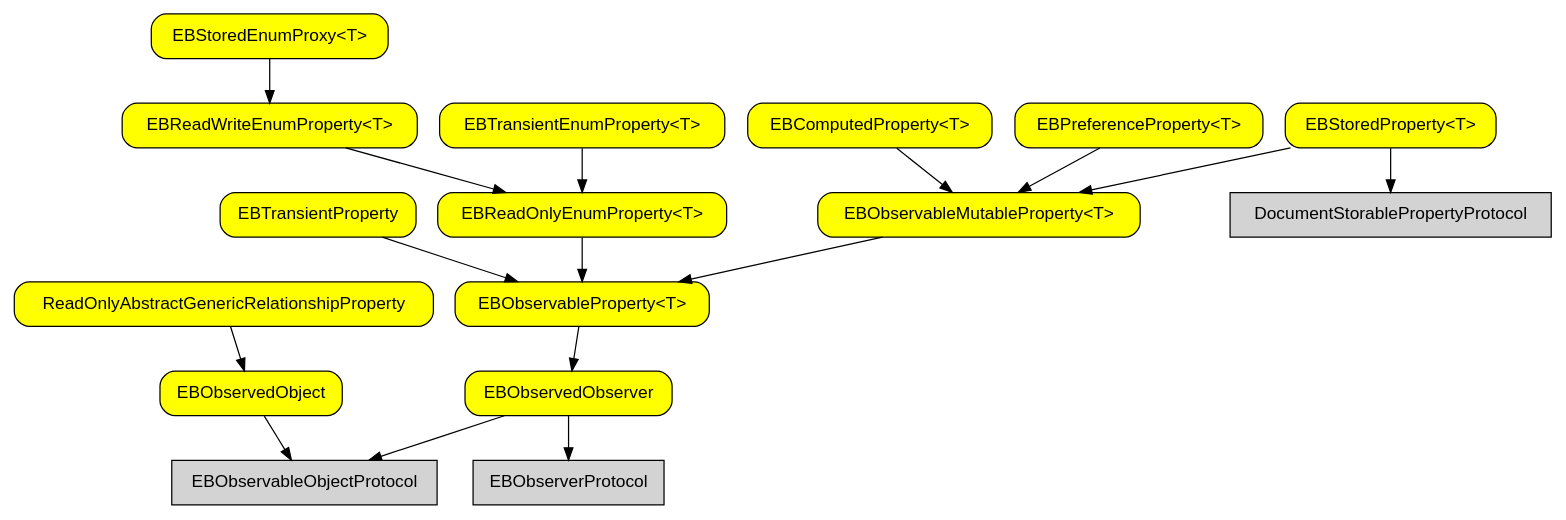
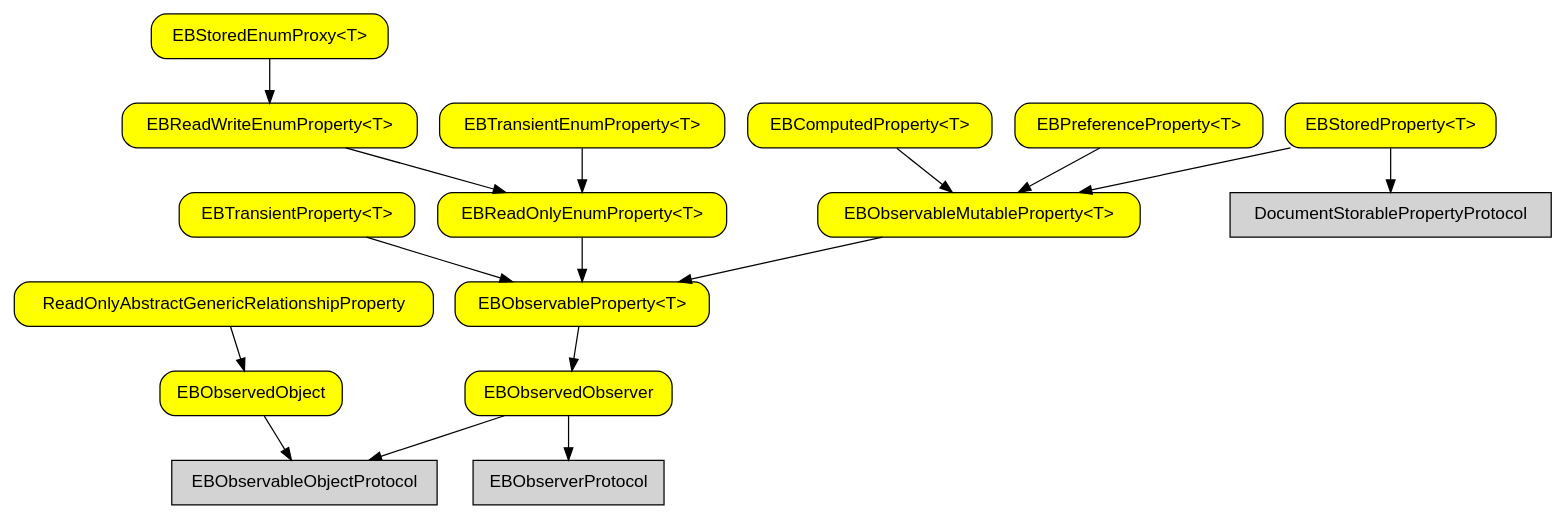
One commit to pierremolinaro/ElCanari-dev changed the diagram in models/observable-property-graph.dot. Above: the diagram before and after it, drawn with Graphviz.

```diff
--- a/models/observable-property-graph.dot
+++ b/models/observable-property-graph.dot
@@ -1,26 +1,26 @@
 digraph G {
 
   node [shape=box fontname=helvetica fillcolor=lightgray style=filled] ;
 
   EBObservableObjectProtocol ;
   EBObserverProtocol ;
   DocumentStorablePropertyProtocol ;
 
   node [shape=box fontname=helvetica style="rounded,filled" fillcolor=yellow] ;
 
   EBObservedObject -> EBObservableObjectProtocol ;
   EBObservedObserver -> EBObservableObjectProtocol ;
   EBObservedObserver -> EBObserverProtocol ;
   "EBObservableProperty<T>" -> EBObservedObserver ;
   ReadOnlyAbstractGenericRelationshipProperty -> EBObservedObject ;
-  EBTransientProperty -> "EBObservableProperty<T>" ;
+  "EBTransientProperty<T>" -> "EBObservableProperty<T>" ;
   "EBReadOnlyEnumProperty<T>" -> "EBObservableProperty<T>" ;
   "EBObservableMutableProperty<T>" -> "EBObservableProperty<T>" ;
   "EBComputedProperty<T>" -> "EBObservableMutableProperty<T>" ;
   "EBPreferenceProperty<T>" -> "EBObservableMutableProperty<T>" ;
   "EBStoredProperty<T>" -> "EBObservableMutableProperty<T>" ;
   "EBStoredProperty<T>" -> DocumentStorablePropertyProtocol ;
   "EBReadWriteEnumProperty<T>" -> "EBReadOnlyEnumProperty<T>" ;
   "EBTransientEnumProperty<T>" -> "EBReadOnlyEnumProperty<T>" ;
   "EBStoredEnumProxy<T>" -> "EBReadWriteEnumProperty<T>" ;
  }
```
